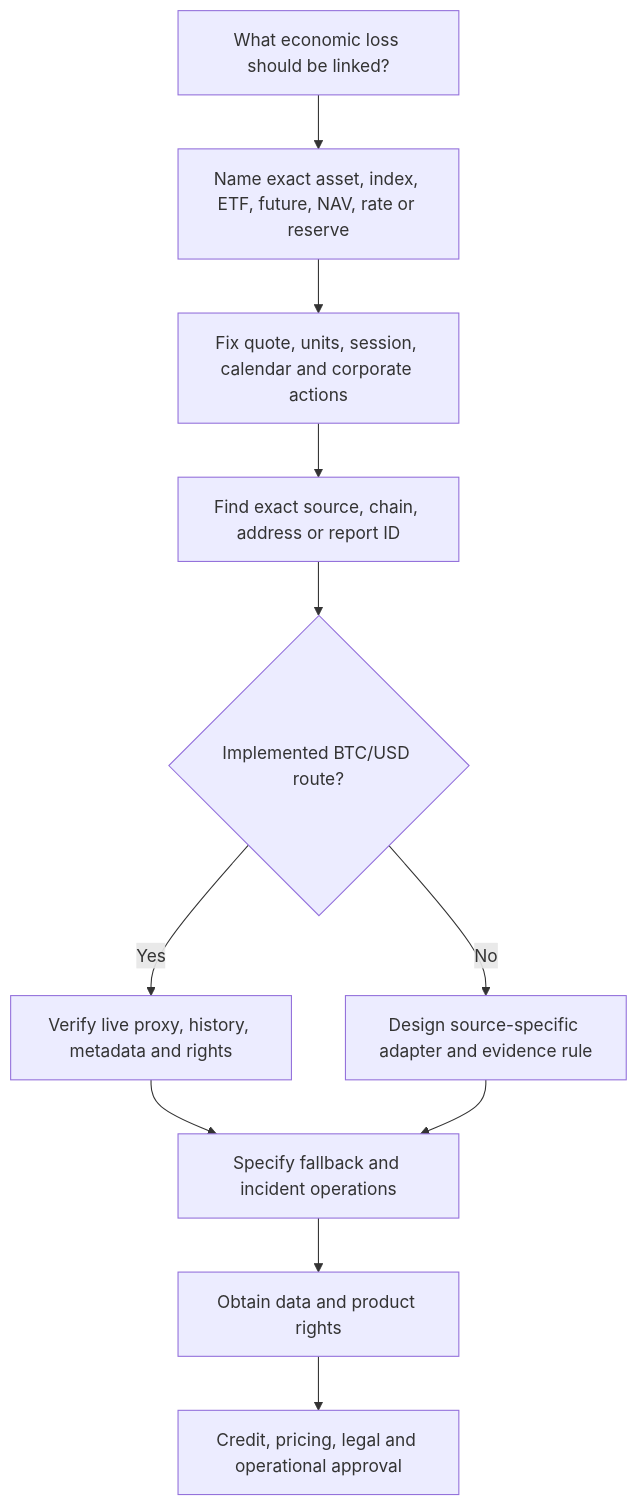
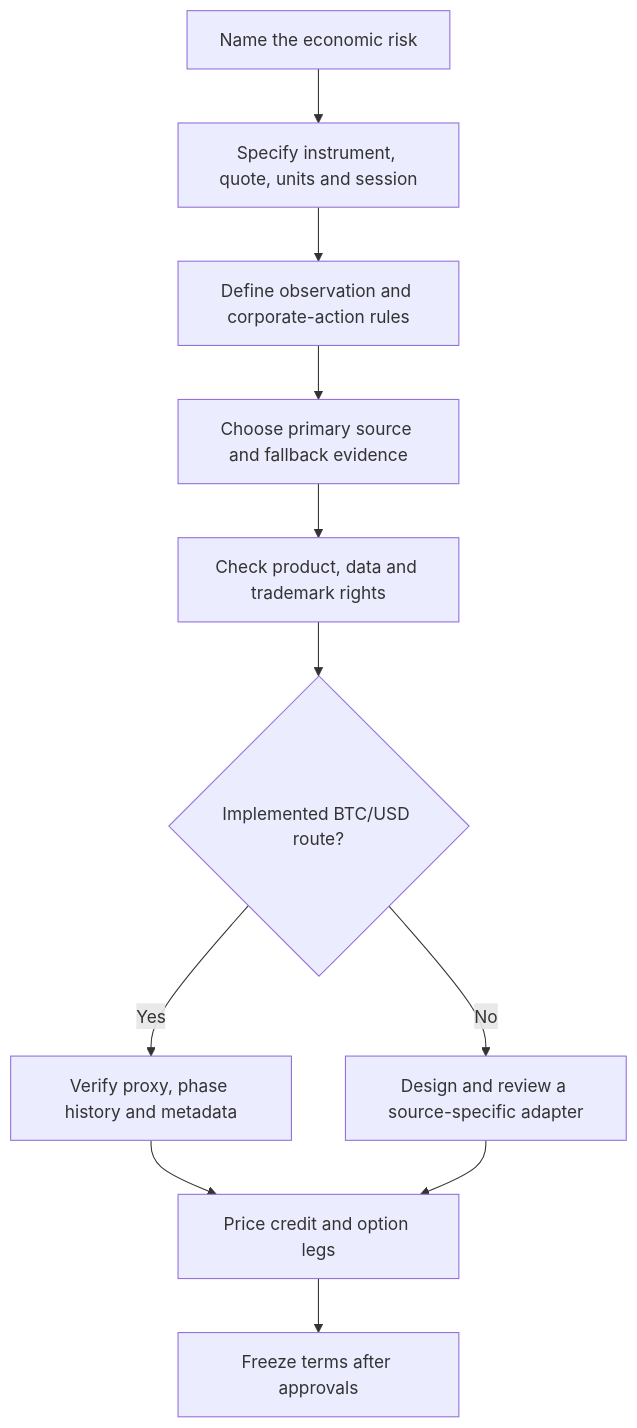
One commit to laurenceday/brc-research changed the fifth of 6 diagrams in docs/bd/infographics.md. Above: the diagram before and after it, drawn with Mermaid. The commit also changed other lines of this file and 25 other files, not shown here.

````diff
--- a/docs/bd/infographics.md
+++ b/docs/bd/infographics.md
@@ -72,13 +97,13 @@
 ```mermaid
 flowchart TD
-  A[What economic loss should be linked?] --> B[Name exact asset, index, ETF, future, NAV, rate or reserve]
-  B --> C[Fix quote, units, session, calendar and corporate actions]
-  C --> D[Find exact source, chain, address or report ID]
-  D --> E{Implemented BTC/USD route?}
-  E -->|Yes| F[Verify live proxy, history, metadata and rights]
-  E -->|No| G[Design source-specific adapter and evidence rule]
-  F --> H[Specify fallback and incident operations]
-  G --> H
-  H --> I[Obtain data and product rights]
-  I --> J[Credit, pricing, legal and operational approval]
+  A[Name the economic risk] --> B[Specify instrument, quote, units and session]
+  B --> C[Define observation and corporate-action rules]
+  C --> D[Choose primary source and fallback evidence]
+  D --> E[Check product, data and trademark rights]
+  E --> F{Implemented BTC/USD route?}
+  F -->|Yes| G[Verify proxy, phase history and metadata]
+  F -->|No| H[Design and review a source-specific adapter]
+  G --> I[Price credit and option legs]
+  H --> I
+  I --> J[Freeze terms after approvals]
 ```
````
